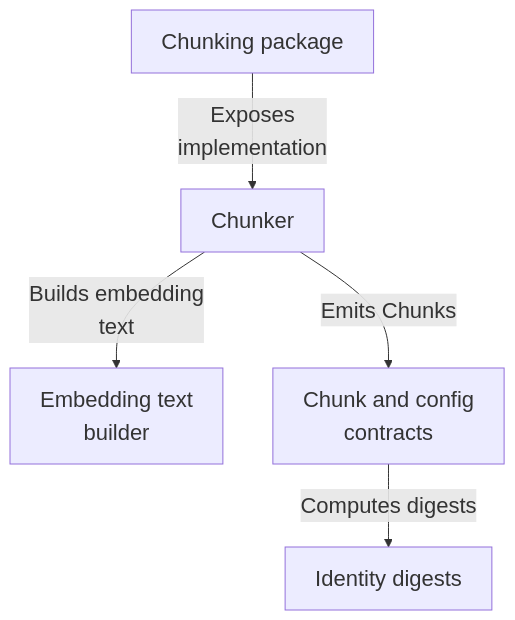
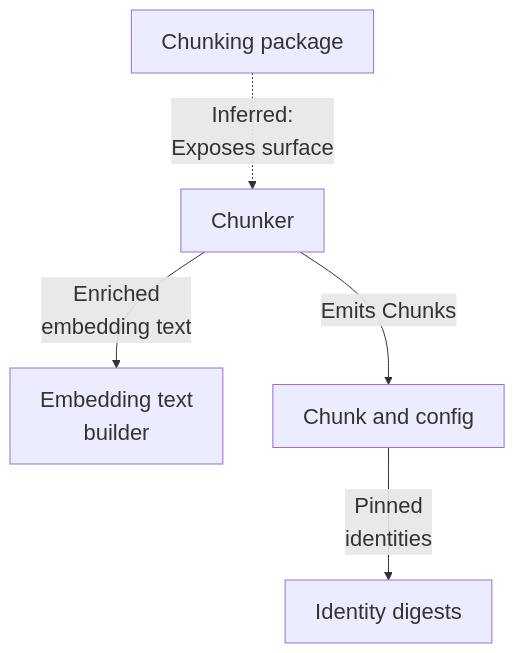
One commit to Justin-Mendoza/Afterclass changed the first of 4 diagrams in maps/ingestion/README.md. Above: the diagram before and after it, drawn with Mermaid. The commit also changed other lines of this file and 83 other files, not shown here.

````diff
--- a/maps/ingestion/README.md
+++ b/maps/ingestion/README.md
@@ -23,13 +23,13 @@
 ```mermaid
 %%{init: {"themeVariables": {"fontSize": "22px"}}}%%
 flowchart TD
   n0["Chunking package"]
   n1["Chunker"]
   n2["Embedding text<br/>builder"]
-  n3["Chunk and config<br/>contracts"]
+  n3["Chunk and config"]
   n4["Identity digests"]
-  n0 -->|"Exposes<br/>implementation"| n1
-  n1 -->|"Builds embedding<br/>text"| n2
+  n0 -.->|"Inferred:<br/>Exposes surface"| n1
+  n1 -->|"Enriched<br/>embedding text"| n2
   n1 -->|"Emits Chunks"| n3
-  n3 -->|"Computes digests"| n4
+  n3 -->|"Pinned<br/>identities"| n4
 ```
````
